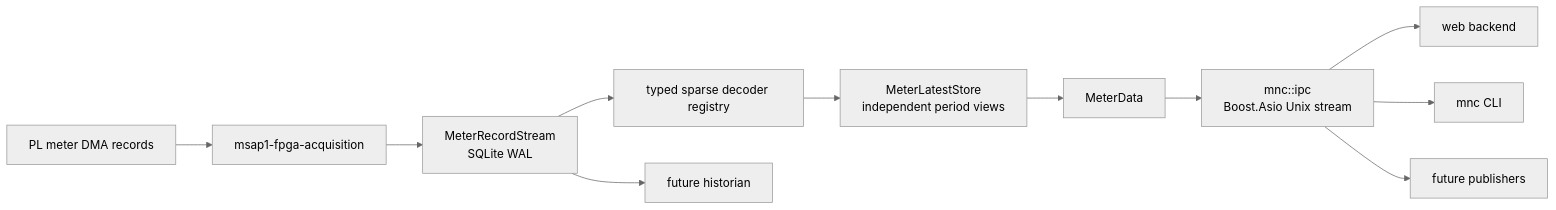
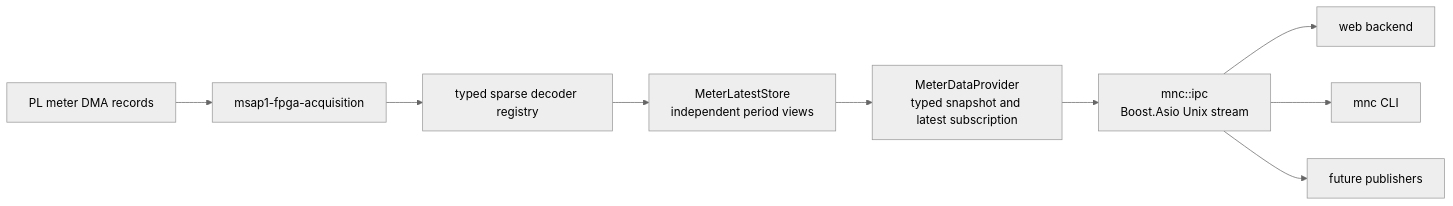
One commit to Monutchee/MSAP1_APU changed the first of 4 diagrams in docs/IPC_SERVICE_ARCHITECTURE.md. Above: the diagram before and after it, drawn with Mermaid (neutral theme). The commit also changed other lines of this file and 29 other files, not shown here.

Commit message:
refactor: add typed latest meter data provider

````diff
--- a/docs/IPC_SERVICE_ARCHITECTURE.md
+++ b/docs/IPC_SERVICE_ARCHITECTURE.md
@@ -5,13 +5,11 @@
 ```mermaid
 flowchart LR
     PL["PL meter DMA records"] --> DAEMON["msap1-fpga-acquisition"]
-    DAEMON --> STREAM["MeterRecordStream\nSQLite WAL"]
-    STREAM --> DECODER["typed sparse decoder registry"]
+    DAEMON --> DECODER["typed sparse decoder registry"]
     DECODER --> STORE["MeterLatestStore\nindependent period views"]
-    STORE --> API["MeterData"]
+    STORE --> API["MeterDataProvider\ntyped snapshot and latest subscription"]
     API --> IPC["mnc::ipc\nBoost.Asio Unix stream"]
     IPC --> WEB["web backend"]
     IPC --> CLI["mnc CLI"]
     IPC --> PUB["future publishers"]
-    STREAM --> HIST["future historian"]
 ```
````
